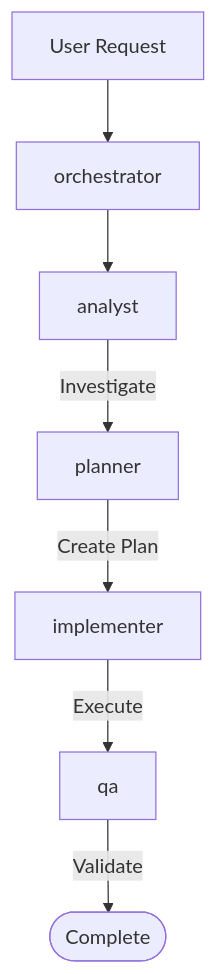
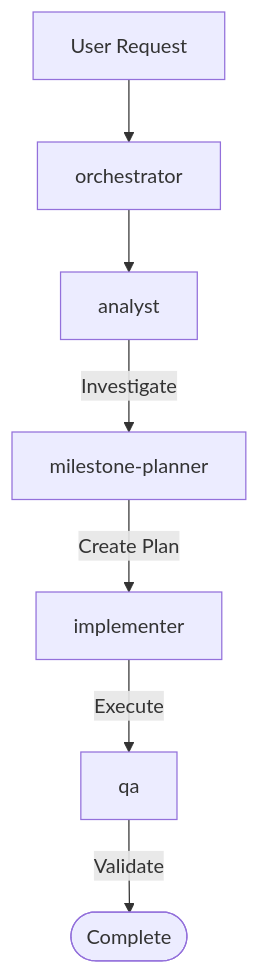
The second of 10 diagrams in .agents/AGENT-SYSTEM.md (rjmurillo/ai-agents), drawn with Mermaid before and after one commit. The commit also changed other lines of this file and 159 other files, not shown here.

````diff
--- a/.agents/AGENT-SYSTEM.md
+++ b/.agents/AGENT-SYSTEM.md
@@ -786,9 +786,9 @@
 ```mermaid
 flowchart TD
     A[User Request] --> B[orchestrator]
     B --> C[analyst]
-    C -->|Investigate| D[planner]
+    C -->|Investigate| D[milestone-planner]
     D -->|Create Plan| E[implementer]
     E -->|Execute| F[qa]
     F -->|Validate| G([Complete])
 ```
````
